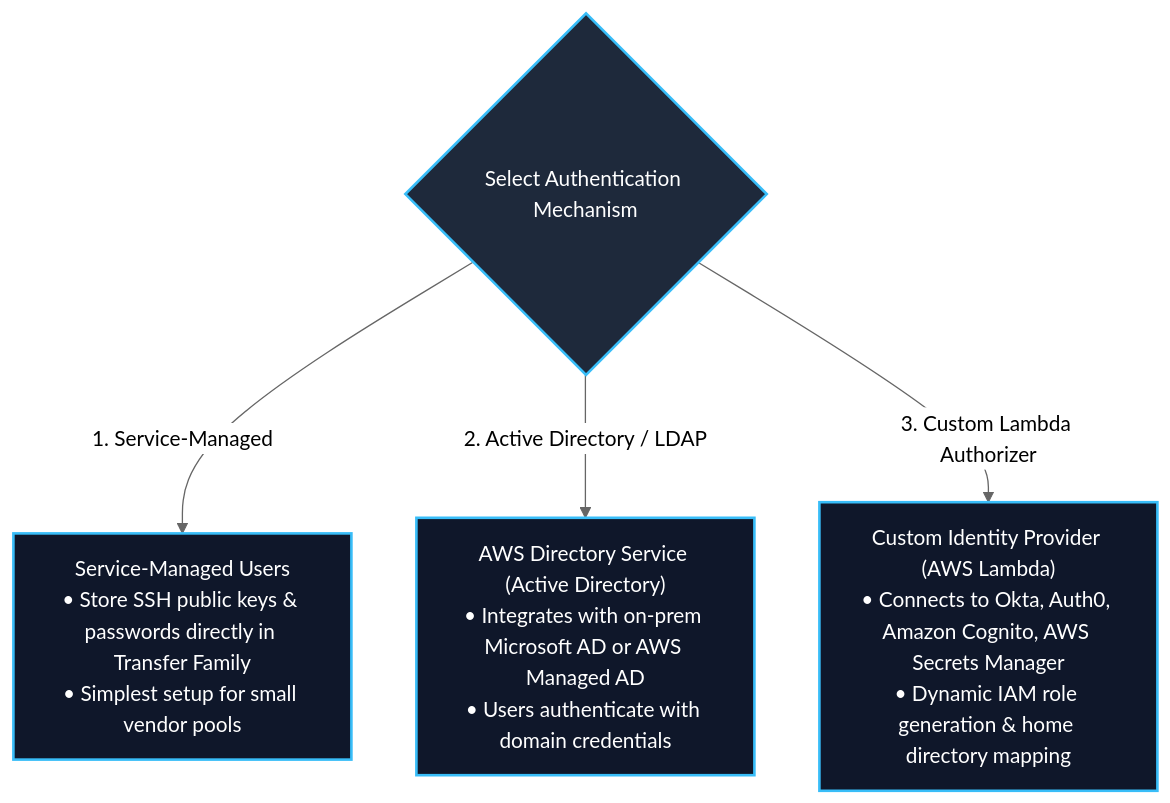
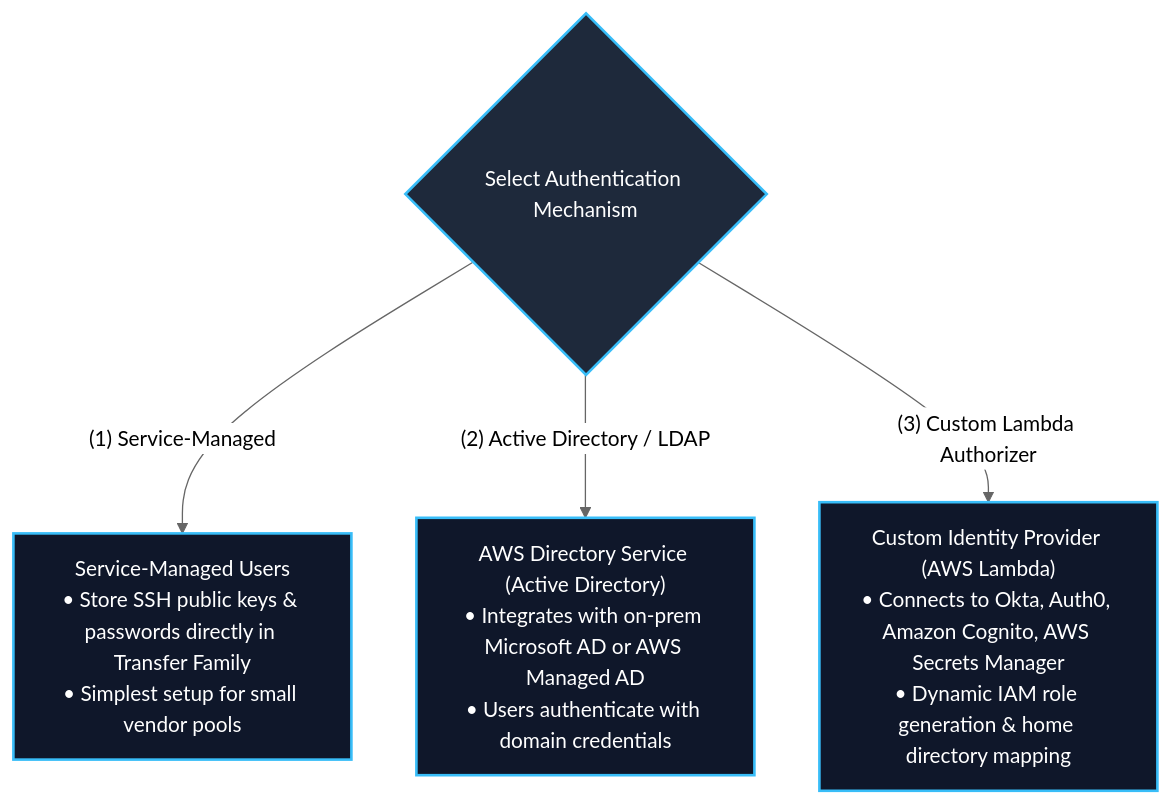
Before and after one commit to Wathon/aws-dea-c01-note: the third of 5 diagrams in content/02-services/migration/transfer-family.md, drawn with Mermaid (neutral theme). The commit also changed 19 other files, not shown here.

Commit message:
fix(mermaid): resolve 'Unsupported markdown: list' rendering issues across all diagram node and edge labels

````diff
--- a/content/02-services/migration/transfer-family.md
+++ b/content/02-services/migration/transfer-family.md
@@ -142,16 +142,16 @@
 ```mermaid
 graph TD
     AuthChoice{Select Authentication Mechanism}
     
-    AuthChoice -->|"1. Service-Managed"| ServMan["Service-Managed Users<br/>• Store SSH public keys & passwords directly in Transfer Family<br/>• Simplest setup for small vendor pools"]
+    AuthChoice -->|"(1) Service-Managed"| ServMan["Service-Managed Users<br/>• Store SSH public keys & passwords directly in Transfer Family<br/>• Simplest setup for small vendor pools"]
     
-    AuthChoice -->|"2. Active Directory / LDAP"| ADDir["AWS Directory Service (Active Directory)<br/>• Integrates with on-prem Microsoft AD or AWS Managed AD<br/>• Users authenticate with domain credentials"]
+    AuthChoice -->|"(2) Active Directory / LDAP"| ADDir["AWS Directory Service (Active Directory)<br/>• Integrates with on-prem Microsoft AD or AWS Managed AD<br/>• Users authenticate with domain credentials"]
 
-    AuthChoice -->|"3. Custom Lambda Authorizer"| LambAuth["Custom Identity Provider (AWS Lambda)<br/>• Connects to Okta, Auth0, Amazon Cognito, AWS Secrets Manager<br/>• Dynamic IAM role generation & home directory mapping"]
+    AuthChoice -->|"(3) Custom Lambda Authorizer"| LambAuth["Custom Identity Provider (AWS Lambda)<br/>• Connects to Okta, Auth0, Amazon Cognito, AWS Secrets Manager<br/>• Dynamic IAM role generation & home directory mapping"]
 
     classDef dec fill:#1e293b,stroke:#38bdf8,stroke-width:2px,color:#fff;
     classDef opt fill:#0f172a,stroke:#38bdf8,stroke-width:2px,color:#fff;
 
     class AuthChoice dec;
     class ServMan,ADDir,LambAuth opt;
 ```
````
